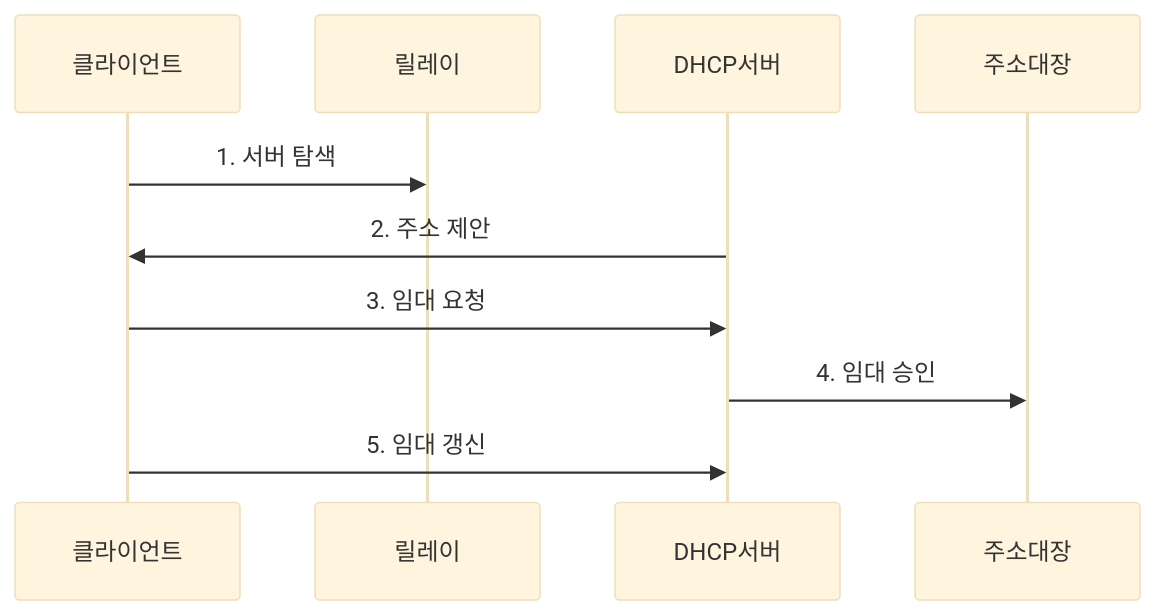
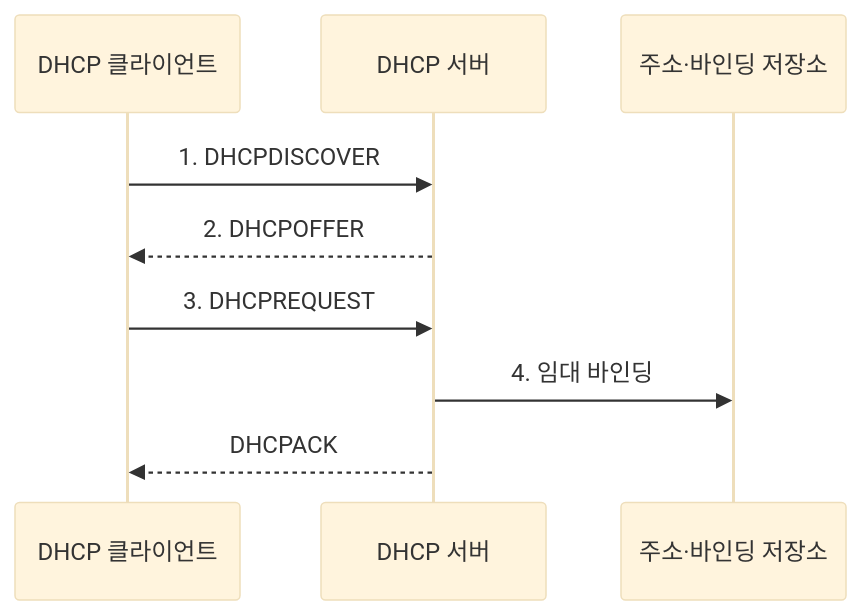
One commit to agnusdei1207/knowledge-base changed the second of 2 diagrams in src/content/docs/notes/04-network/007_dhcp.md. Above: the diagram before and after it, drawn with Mermaid (base theme). The commit also changed other lines of this file and 20 other files, not shown here.

````diff
--- a/src/content/docs/notes/04-network/007_dhcp.md
+++ b/src/content/docs/notes/04-network/007_dhcp.md
@@ -84,12 +86,11 @@
 ```mermaid
 sequenceDiagram
-    participant 클라이언트
-    participant 릴레이
-    participant DHCP서버
-    participant 주소대장
-    클라이언트->>릴레이: 1. 서버 탐색
-    DHCP서버->>클라이언트: 2. 주소 제안
-    클라이언트->>DHCP서버: 3. 임대 요청
-    DHCP서버->>주소대장: 4. 임대 승인
-    클라이언트->>DHCP서버: 5. 임대 갱신
+    participant C as DHCP 클라이언트
+    participant S as DHCP 서버
+    participant L as 주소·바인딩 저장소
+    C->>S: 1. DHCPDISCOVER
+    S-->>C: 2. DHCPOFFER
+    C->>S: 3. DHCPREQUEST
+    S->>L: 4. 임대 바인딩
+    S-->>C: DHCPACK
 ```
````
